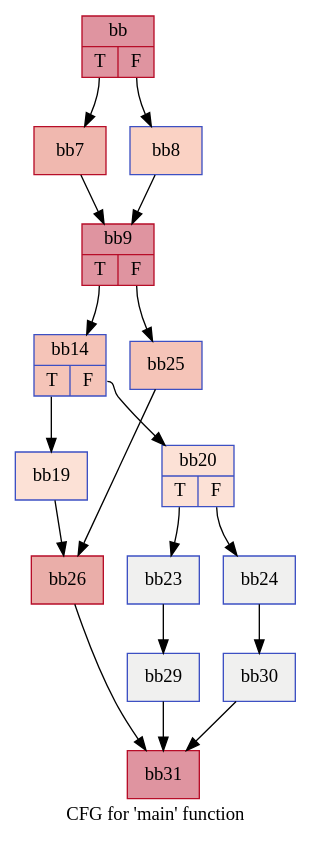
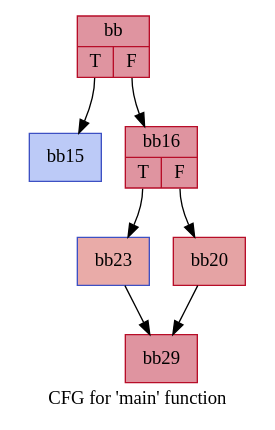
The diagram in examples/test1/iblocks1.dot (HPSSA-LLVM/HPSSA-LLVM), drawn with Graphviz before and after one commit. The commit also changed 38 other files, not shown here.

```diff
--- a/examples/test1/iblocks1.dot
+++ b/examples/test1/iblocks1.dot
@@ -1,35 +1,16 @@
 digraph "CFG for 'main' function" {
 	label="CFG for 'main' function";
 
-	Node0x560bd106d410 [shape=record,color="#b70d28ff", style=filled, fillcolor="#b70d2870",label="{bb|{<s0>T|<s1>F}}"];
-	Node0x560bd106d410:s0 -> Node0x560bd106de10;
-	Node0x560bd106d410:s1 -> Node0x560bd106dee0;
-	Node0x560bd106de10 [shape=record,color="#b70d28ff", style=filled, fillcolor="#dc5d4a70",label="{bb7}"];
-	Node0x560bd106de10 -> Node0x560bd106e120;
-	Node0x560bd106dee0 [shape=record,color="#3d50c3ff", style=filled, fillcolor="#f4987a70",label="{bb8}"];
-	Node0x560bd106dee0 -> Node0x560bd106e120;
-	Node0x560bd106e120 [shape=record,color="#b70d28ff", style=filled, fillcolor="#b70d2870",label="{bb9|{<s0>T|<s1>F}}"];
-	Node0x560bd106e120:s0 -> Node0x560bd106e820;
-	Node0x560bd106e120:s1 -> Node0x560bd106e890;
-	Node0x560bd106e820 [shape=record,color="#3d50c3ff", style=filled, fillcolor="#e97a5f70",label="{bb14|{<s0>T|<s1>F}}"];
-	Node0x560bd106e820:s0 -> Node0x560bd106ed30;
-	Node0x560bd106e820:s1 -> Node0x560bd106eda0;
-	Node0x560bd106ed30 [shape=record,color="#3d50c3ff", style=filled, fillcolor="#f7bca170",label="{bb19}"];
-	Node0x560bd106ed30 -> Node0x560bd106ef20;
-	Node0x560bd106eda0 [shape=record,color="#3d50c3ff", style=filled, fillcolor="#f7bca170",label="{bb20|{<s0>T|<s1>F}}"];
-	Node0x560bd106eda0:s0 -> Node0x560bd106f490;
-	Node0x560bd106eda0:s1 -> Node0x560bd106f500;
-	Node0x560bd106f490 [shape=record,color="#3d50c3ff", style=filled, fillcolor="#dedcdb70",label="{bb23}"];
-	Node0x560bd106f490 -> Node0x560bd106f680;
-	Node0x560bd106f500 [shape=record,color="#3d50c3ff", style=filled, fillcolor="#dedcdb70",label="{bb24}"];
-	Node0x560bd106f500 -> Node0x560bd106f760;
-	Node0x560bd106e890 [shape=record,color="#3d50c3ff", style=filled, fillcolor="#e97a5f70",label="{bb25}"];
-	Node0x560bd106e890 -> Node0x560bd106ef20;
-	Node0x560bd106ef20 [shape=record,color="#b70d28ff", style=filled, fillcolor="#d0473d70",label="{bb26}"];
-	Node0x560bd106ef20 -> Node0x560bd106fac0;
-	Node0x560bd106f680 [shape=record,color="#3d50c3ff", style=filled, fillcolor="#dedcdb70",label="{bb29}"];
-	Node0x560bd106f680 -> Node0x560bd106fac0;
-	Node0x560bd106f760 [shape=record,color="#3d50c3ff", style=filled, fillcolor="#dedcdb70",label="{bb30}"];
-	Node0x560bd106f760 -> Node0x560bd106fac0;
-	Node0x560bd106fac0 [shape=record,color="#b70d28ff", style=filled, fillcolor="#b70d2870",label="{bb31}"];
+	Node0x522c480 [shape=record,color="#b70d28ff", style=filled, fillcolor="#b70d2870",label="{bb|{<s0>T|<s1>F}}"];
+	Node0x522c480:s0 -> Node0x522e810;
+	Node0x522c480:s1 -> Node0x522e8e0;
+	Node0x522e810 [shape=record,color="#3d50c3ff", style=filled, fillcolor="#6687ed70",label="{bb15}"];
+	Node0x522e8e0 [shape=record,color="#b70d28ff", style=filled, fillcolor="#b70d2870",label="{bb16|{<s0>T|<s1>F}}"];
+	Node0x522e8e0:s0 -> Node0x522f050;
+	Node0x522e8e0:s1 -> Node0x522f0c0;
+	Node0x522f0c0 [shape=record,color="#b70d28ff", style=filled, fillcolor="#c32e3170",label="{bb20}"];
+	Node0x522f0c0 -> Node0x522f790;
+	Node0x522f050 [shape=record,color="#3d50c3ff", style=filled, fillcolor="#cc403a70",label="{bb23}"];
+	Node0x522f050 -> Node0x522f790;
+	Node0x522f790 [shape=record,color="#b70d28ff", style=filled, fillcolor="#b70d2870",label="{bb29}"];
 }
```
